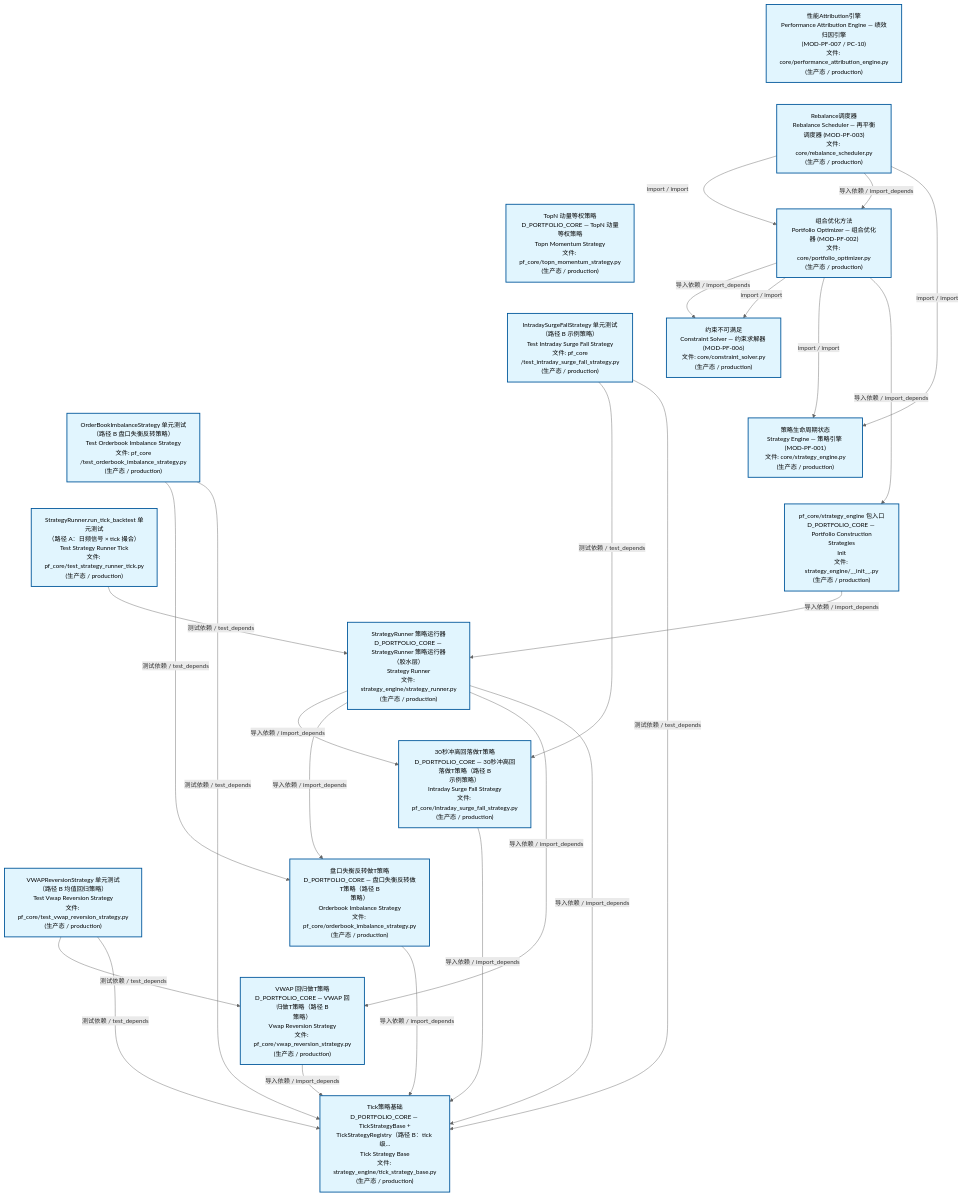
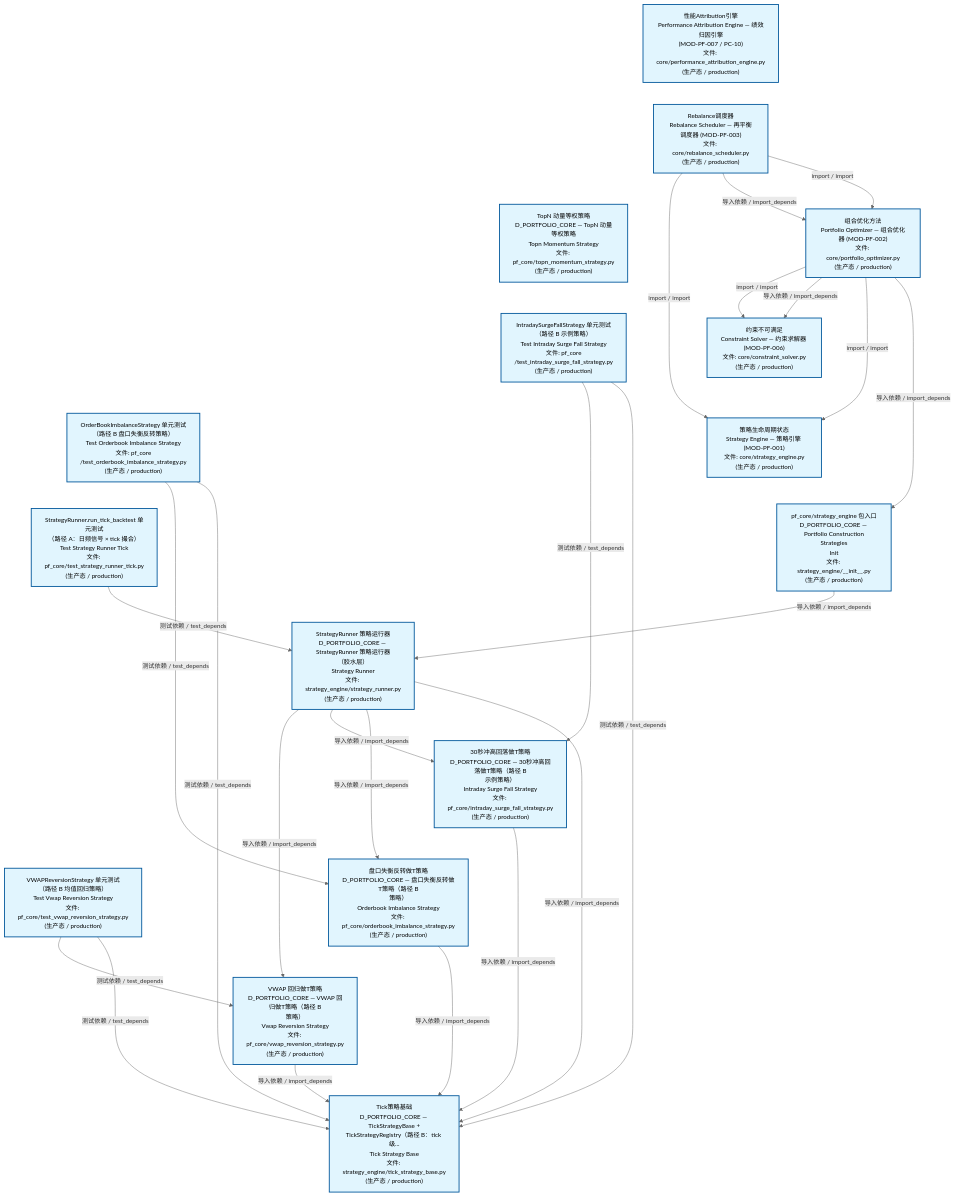
Before and after one commit to xuanFelixVan/ZephyrAlpha: the second of 3 diagrams in docs/02_enterprise_architecture/02_domain_architecture_docs/63_d_pf_core.md, drawn with Mermaid. The commit also changed other lines of this file and 50 other files, not shown here.

````diff
--- a/docs/02_enterprise_architecture/02_domain_architecture_docs/63_d_pf_core.md
+++ b/docs/02_enterprise_architecture/02_domain_architecture_docs/63_d_pf_core.md
@@ -139,57 +140,57 @@
 ```mermaid
 %%{init: {'theme': 'base', 'themeVariables': {'primaryColor': '#eaeaea', 'primaryTextColor': '#333333', 'primaryBorderColor': '#666666', 'lineColor': '#666666', 'secondaryColor': '#eaeaea', 'tertiaryColor': '#eaeaea', 'fontSize': '14px'}}}%%
 flowchart TD
     src_zephyr_pf_core_core_performance_attribution_engine_py["性能Attribution引擎<br/>Performance Attribution Engine — 绩效归因引擎<br/>(MOD-PF-007 / PC-10)<br/>文件: core/performance_attribution_engine.py<br/>(生产态 / production)"]
     src_zephyr_pf_core_core_rebalance_scheduler_py["Rebalance调度器<br/>Rebalance Scheduler — 再平衡调度器 (MOD-PF-003)<br/>文件: core/rebalance_scheduler.py<br/>(生产态 / production)"]
     src_zephyr_pf_core_topn_momentum_strategy_py["TopN 动量等权策略<br/>D_PORTFOLIO_CORE — TopN 动量等权策略<br/>Topn Momentum Strategy<br/>文件: pf_core/topn_momentum_strategy.py<br/>(生产态 / production)"]
     tests_pf_core_test_intraday_surge_fall_strategy_py["IntradaySurgeFallStrategy 单元测试<br/>（路径 B 示例策略）<br/>Test Intraday Surge Fall Strategy<br/>文件: pf_core<br/>/test_intraday_surge_fall_strategy.py<br/>(生产态 / production)"]
     tests_pf_core_test_orderbook_imbalance_strategy_py["OrderBookImbalanceStrategy 单元测试<br/>（路径 B 盘口失衡反转策略）<br/>Test Orderbook Imbalance Strategy<br/>文件: pf_core<br/>/test_orderbook_imbalance_strategy.py<br/>(生产态 / production)"]
     tests_pf_core_test_strategy_runner_tick_py["StrategyRunner.run_tick_backtest 单元测试<br/>（路径 A：日频信号 × tick 撮合）<br/>Test Strategy Runner Tick<br/>文件: pf_core/test_strategy_runner_tick.py<br/>(生产态 / production)"]
     tests_pf_core_test_vwap_reversion_strategy_py["VWAPReversionStrategy 单元测试<br/>（路径 B 均值回归策略）<br/>Test Vwap Reversion Strategy<br/>文件: pf_core/test_vwap_reversion_strategy.py<br/>(生产态 / production)"]
     src_zephyr_pf_core_core_performance_attribution_engine_py ~~~ src_zephyr_pf_core_core_rebalance_scheduler_py
     src_zephyr_pf_core_core_rebalance_scheduler_py ~~~ src_zephyr_pf_core_topn_momentum_strategy_py
     src_zephyr_pf_core_topn_momentum_strategy_py ~~~ tests_pf_core_test_intraday_surge_fall_strategy_py
     tests_pf_core_test_intraday_surge_fall_strategy_py ~~~ tests_pf_core_test_orderbook_imbalance_strategy_py
     tests_pf_core_test_orderbook_imbalance_strategy_py ~~~ tests_pf_core_test_strategy_runner_tick_py
     tests_pf_core_test_strategy_runner_tick_py ~~~ tests_pf_core_test_vwap_reversion_strategy_py
     src_zephyr_pf_core_core_portfolio_optimizer_py["组合优化方法<br/>Portfolio Optimizer — 组合优化器 (MOD-PF-002)<br/>文件: core/portfolio_optimizer.py<br/>(生产态 / production)"]
     src_zephyr_pf_core_core_constraint_solver_py["约束不可满足<br/>Constraint Solver — 约束求解器 (MOD-PF-006)<br/>文件: core/constraint_solver.py<br/>(生产态 / production)"]
     src_zephyr_pf_core_core_strategy_engine_py["策略生命周期状态<br/>Strategy Engine — 策略引擎 (MOD-PF-001)<br/>文件: core/strategy_engine.py<br/>(生产态 / production)"]
     src_zephyr_pf_core_strategy_engine_init_py["pf_core/strategy_engine 包入口<br/>D_PORTFOLIO_CORE — Portfolio Construction<br/>Strategies<br/>Init<br/>文件: strategy_engine/__init__.py<br/>(生产态 / production)"]
     src_zephyr_pf_core_core_constraint_solver_py ~~~ src_zephyr_pf_core_core_strategy_engine_py
     src_zephyr_pf_core_core_strategy_engine_py ~~~ src_zephyr_pf_core_strategy_engine_init_py
     src_zephyr_pf_core_strategy_engine_strategy_runner_py["StrategyRunner 策略运行器<br/>D_PORTFOLIO_CORE — StrategyRunner 策略运行器<br/>（胶水层）<br/>Strategy Runner<br/>文件: strategy_engine/strategy_runner.py<br/>(生产态 / production)"]
     src_zephyr_pf_core_intraday_surge_fall_strategy_py["30秒冲高回落做T策略<br/>D_PORTFOLIO_CORE — 30秒冲高回落做T策略（路径 B<br/>示例策略）<br/>Intraday Surge Fall Strategy<br/>文件: pf_core/intraday_surge_fall_strategy.py<br/>(生产态 / production)"]
     src_zephyr_pf_core_orderbook_imbalance_strategy_py["盘口失衡反转做T策略<br/>D_PORTFOLIO_CORE — 盘口失衡反转做T策略（路径 B<br/>策略）<br/>Orderbook Imbalance Strategy<br/>文件: pf_core/orderbook_imbalance_strategy.py<br/>(生产态 / production)"]
     src_zephyr_pf_core_vwap_reversion_strategy_py["VWAP 回归做T策略<br/>D_PORTFOLIO_CORE — VWAP 回归做T策略（路径 B<br/>策略）<br/>Vwap Reversion Strategy<br/>文件: pf_core/vwap_reversion_strategy.py<br/>(生产态 / production)"]
     src_zephyr_pf_core_intraday_surge_fall_strategy_py ~~~ src_zephyr_pf_core_orderbook_imbalance_strategy_py
     src_zephyr_pf_core_orderbook_imbalance_strategy_py ~~~ src_zephyr_pf_core_vwap_reversion_strategy_py
     src_zephyr_pf_core_strategy_engine_tick_strategy_base_py["Tick策略基础<br/>D_PORTFOLIO_CORE — TickStrategyBase +<br/>TickStrategyRegistry（路径 B：tick 级...<br/>Tick Strategy Base<br/>文件: strategy_engine/tick_strategy_base.py<br/>(生产态 / production)"]
+    src_zephyr_pf_core_vwap_reversion_strategy_py -->|导入依赖 / import_depends| src_zephyr_pf_core_strategy_engine_tick_strategy_base_py
     src_zephyr_pf_core_intraday_surge_fall_strategy_py -->|导入依赖 / import_depends| src_zephyr_pf_core_strategy_engine_tick_strategy_base_py
     src_zephyr_pf_core_orderbook_imbalance_strategy_py -->|导入依赖 / import_depends| src_zephyr_pf_core_strategy_engine_tick_strategy_base_py
-    src_zephyr_pf_core_vwap_reversion_strategy_py -->|导入依赖 / import_depends| src_zephyr_pf_core_strategy_engine_tick_strategy_base_py
+    src_zephyr_pf_core_core_rebalance_scheduler_py -->|import / import| src_zephyr_pf_core_core_strategy_engine_py
+    src_zephyr_pf_core_core_rebalance_scheduler_py -->|导入依赖 / import_depends| src_zephyr_pf_core_core_portfolio_optimizer_py
+    src_zephyr_pf_core_core_rebalance_scheduler_py -->|import / import| src_zephyr_pf_core_core_portfolio_optimizer_py
+    src_zephyr_pf_core_core_portfolio_optimizer_py -->|import / import| src_zephyr_pf_core_core_constraint_solver_py
     src_zephyr_pf_core_core_portfolio_optimizer_py -->|导入依赖 / import_depends| src_zephyr_pf_core_core_constraint_solver_py
-    src_zephyr_pf_core_core_portfolio_optimizer_py -->|import / import| src_zephyr_pf_core_core_constraint_solver_py
     src_zephyr_pf_core_core_portfolio_optimizer_py -->|import / import| src_zephyr_pf_core_core_strategy_engine_py
     src_zephyr_pf_core_core_portfolio_optimizer_py -->|导入依赖 / import_depends| src_zephyr_pf_core_strategy_engine_init_py
-    src_zephyr_pf_core_core_rebalance_scheduler_py -->|import / import| src_zephyr_pf_core_core_portfolio_optimizer_py
-    src_zephyr_pf_core_core_rebalance_scheduler_py -->|导入依赖 / import_depends| src_zephyr_pf_core_core_portfolio_optimizer_py
-    src_zephyr_pf_core_core_rebalance_scheduler_py -->|import / import| src_zephyr_pf_core_core_strategy_engine_py
-    src_zephyr_pf_core_strategy_engine_init_py -->|导入依赖 / import_depends| src_zephyr_pf_core_strategy_engine_strategy_runner_py
+    src_zephyr_pf_core_strategy_engine_strategy_runner_py -->|导入依赖 / import_depends| src_zephyr_pf_core_vwap_reversion_strategy_py
     src_zephyr_pf_core_strategy_engine_strategy_runner_py -->|导入依赖 / import_depends| src_zephyr_pf_core_intraday_surge_fall_strategy_py
     src_zephyr_pf_core_strategy_engine_strategy_runner_py -->|导入依赖 / import_depends| src_zephyr_pf_core_orderbook_imbalance_strategy_py
-    src_zephyr_pf_core_strategy_engine_strategy_runner_py -->|导入依赖 / import_depends| src_zephyr_pf_core_vwap_reversion_strategy_py
     src_zephyr_pf_core_strategy_engine_strategy_runner_py -->|导入依赖 / import_depends| src_zephyr_pf_core_strategy_engine_tick_strategy_base_py
+    src_zephyr_pf_core_strategy_engine_init_py -->|导入依赖 / import_depends| src_zephyr_pf_core_strategy_engine_strategy_runner_py
+    tests_pf_core_test_intraday_surge_fall_strategy_py -->|测试依赖 / test_depends| src_zephyr_pf_core_intraday_surge_fall_strategy_py
+    tests_pf_core_test_intraday_surge_fall_strategy_py -->|测试依赖 / test_depends| src_zephyr_pf_core_strategy_engine_tick_strategy_base_py
     tests_pf_core_test_orderbook_imbalance_strategy_py -->|测试依赖 / test_depends| src_zephyr_pf_core_orderbook_imbalance_strategy_py
     tests_pf_core_test_orderbook_imbalance_strategy_py -->|测试依赖 / test_depends| src_zephyr_pf_core_strategy_engine_tick_strategy_base_py
-    tests_pf_core_test_intraday_surge_fall_strategy_py -->|测试依赖 / test_depends| src_zephyr_pf_core_intraday_surge_fall_strategy_py
-    tests_pf_core_test_intraday_surge_fall_strategy_py -->|测试依赖 / test_depends| src_zephyr_pf_core_strategy_engine_tick_strategy_base_py
-    tests_pf_core_test_strategy_runner_tick_py -->|测试依赖 / test_depends| src_zephyr_pf_core_strategy_engine_strategy_runner_py
     tests_pf_core_test_vwap_reversion_strategy_py -->|测试依赖 / test_depends| src_zephyr_pf_core_vwap_reversion_strategy_py
     tests_pf_core_test_vwap_reversion_strategy_py -->|测试依赖 / test_depends| src_zephyr_pf_core_strategy_engine_tick_strategy_base_py
+    tests_pf_core_test_strategy_runner_tick_py -->|测试依赖 / test_depends| src_zephyr_pf_core_strategy_engine_strategy_runner_py
     classDef production fill:#e1f5fe,stroke:#01579b,stroke-width:2px,color:#000
     classDef design fill:#fff3e0,stroke:#e65100,stroke-width:2px,color:#000,stroke-dasharray: 5 5
     classDef external_prod fill:#e8f4fd,stroke:#0277bd,stroke-width:1px,color:#000
     classDef external_design fill:#fff8e7,stroke:#ef6c00,stroke-width:1px,color:#000,stroke-dasharray: 5 5
     class src_zephyr_pf_core_core_constraint_solver_py,src_zephyr_pf_core_core_performance_attribution_engine_py,src_zephyr_pf_core_core_portfolio_optimizer_py,src_zephyr_pf_core_core_rebalance_scheduler_py,src_zephyr_pf_core_core_strategy_engine_py,src_zephyr_pf_core_intraday_surge_fall_strategy_py,src_zephyr_pf_core_orderbook_imbalance_strategy_py,src_zephyr_pf_core_strategy_engine_init_py,src_zephyr_pf_core_strategy_engine_strategy_runner_py,src_zephyr_pf_core_strategy_engine_tick_strategy_base_py,src_zephyr_pf_core_topn_momentum_strategy_py,src_zephyr_pf_core_vwap_reversion_strategy_py,tests_pf_core_test_intraday_surge_fall_strategy_py,tests_pf_core_test_orderbook_imbalance_strategy_py,tests_pf_core_test_strategy_runner_tick_py,tests_pf_core_test_vwap_reversion_strategy_py production
 ```
````
